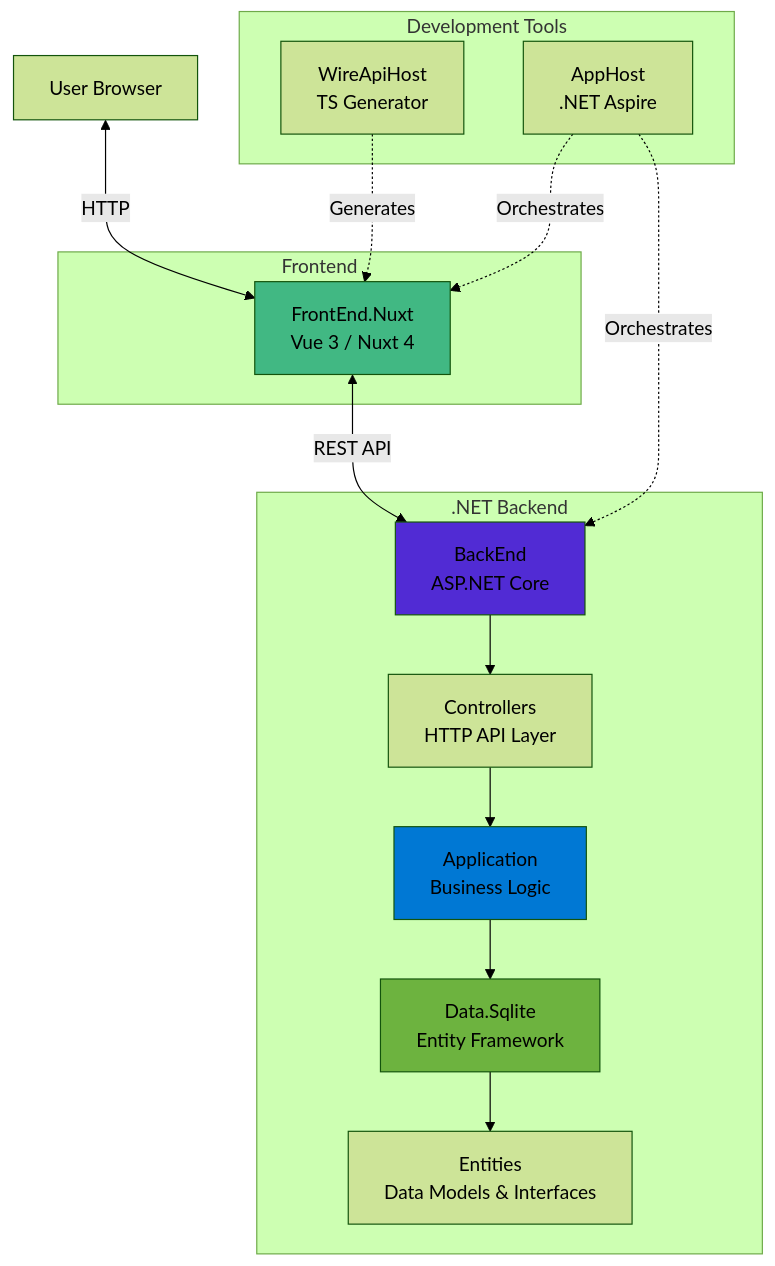
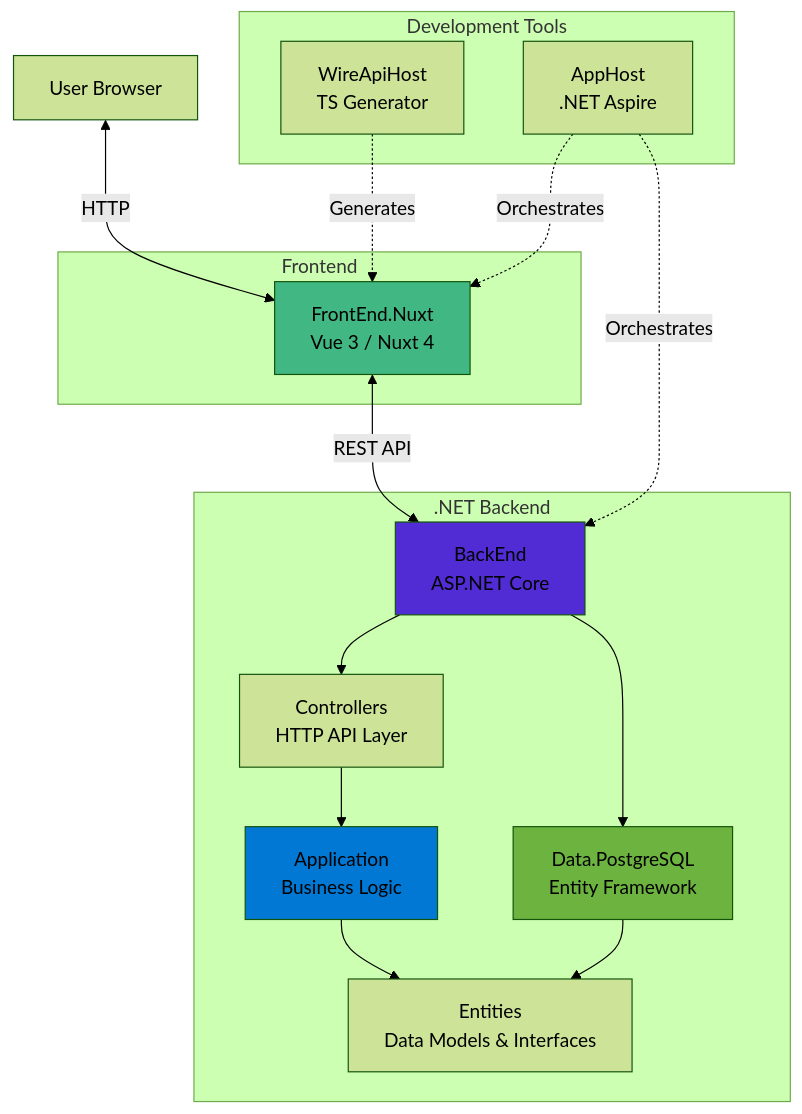
The diagram in README.md (jcoliz/YoFi.V3), drawn with Mermaid (forest theme) before and after one commit. The commit also changed other lines of this file and 21 other files, not shown here.

````diff
--- a/README.md
+++ b/README.md
@@ -49,37 +50,38 @@
 ```mermaid
 graph TB
     User[User Browser]
 
     subgraph "Frontend"
         Nuxt[FrontEnd.Nuxt<br/>Vue 3 / Nuxt 4]
     end
 
     subgraph ".NET Backend"
         Backend[BackEnd<br/>ASP.NET Core]
         Controllers[Controllers<br/>HTTP API Layer]
         Application[Application<br/>Business Logic]
-        Data[Data.Sqlite<br/>Entity Framework]
+        Data[Data.PostgreSQL<br/>Entity Framework]
         Entities[Entities<br/>Data Models & Interfaces]
 
         Backend --> Controllers
         Controllers --> Application
-        Application --> Data
+        Application --> Entities
+        Backend --> Data
         Data --> Entities
     end
 
     subgraph "Development Tools"
         AppHost[AppHost<br/>.NET Aspire]
         WireAPI[WireApiHost<br/>TS Generator]
     end
 
     User <-->|HTTP| Nuxt
     Nuxt <-->|REST API| Backend
     WireAPI -.->|Generates| Nuxt
     AppHost -.->|Orchestrates| Backend
     AppHost -.->|Orchestrates| Nuxt
 
     style Nuxt fill:#41b883
     style Backend fill:#512bd4
     style Application fill:#0078d4
     style Data fill:#6db33f
 ```
````
